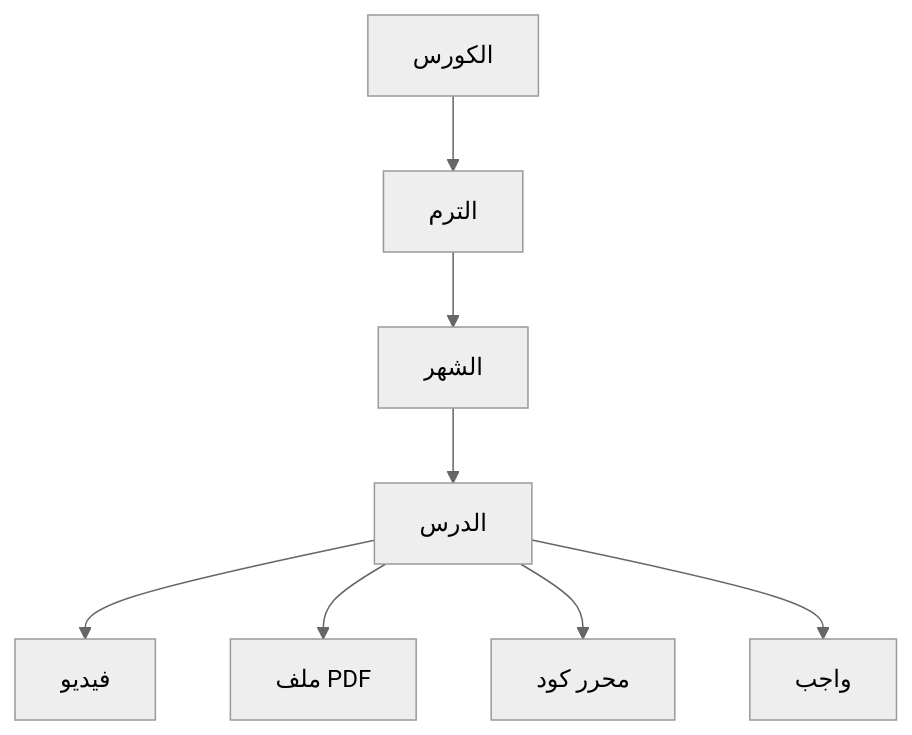
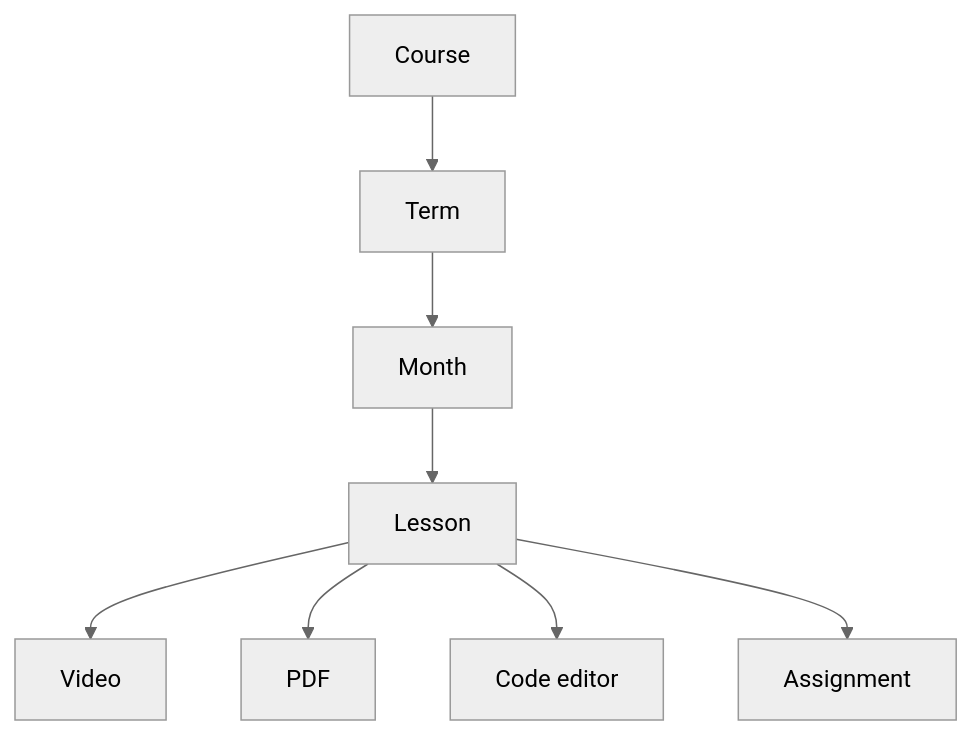
Before and after one commit to aboelnasrvip/go-tech-lms: the first of 4 diagrams in README.md, drawn with Mermaid (neutral theme). The commit also changed other lines of this file, not shown here.

````diff
--- a/README.md
+++ b/README.md
@@ -21,14 +21,14 @@
 ```mermaid
 flowchart TD
-  course[الكورس]
-  term[الترم]
-  month[الشهر]
-  lesson[الدرس]
+  course[Course]
+  term[Term]
+  month[Month]
+  lesson[Lesson]
   course --> term
   term --> month
   month --> lesson
-  lesson --> video[فيديو]
-  lesson --> pdf[ملف PDF]
-  lesson --> editor[محرر كود]
-  lesson --> quiz[واجب]
+  lesson --> video[Video]
+  lesson --> pdf[PDF]
+  lesson --> editor[Code editor]
+  lesson --> quiz[Assignment]
 ```
````
